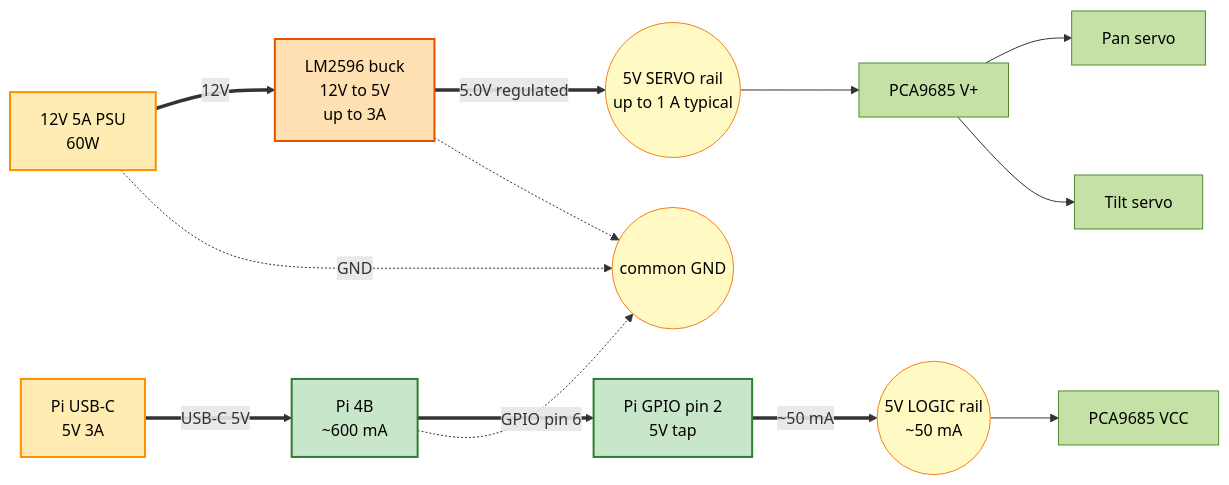
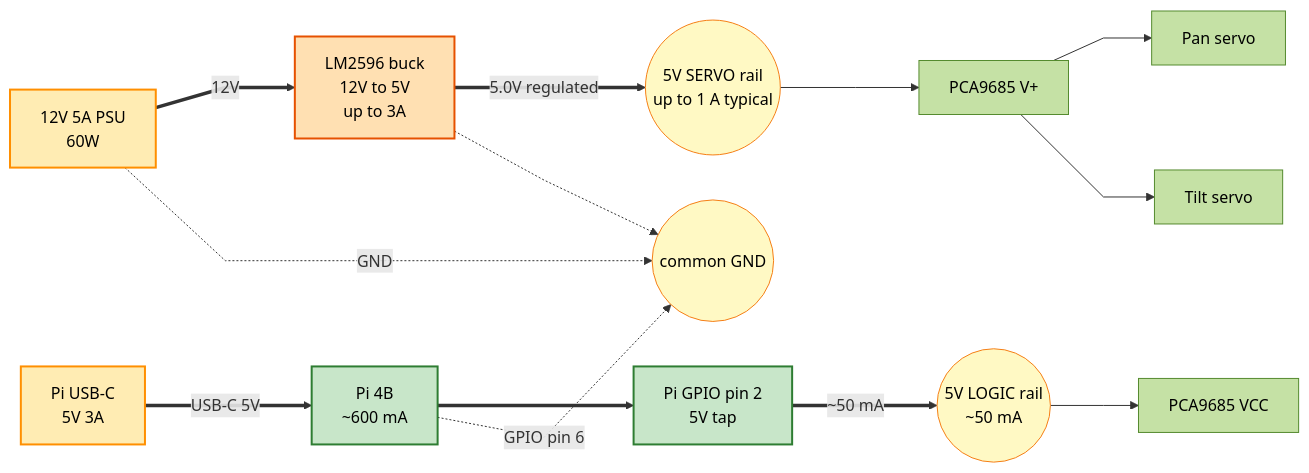
Before and after one commit to Adamzvulun/pi: the diagram in bookv3/diagrams/power-distribution.mmd, drawn with Mermaid. The commit also changed 11 other files, not shown here.

First line of the commit message:
docs(bookv3): straight-line edges + diagrams/README review

```diff
--- a/bookv3/diagrams/power-distribution.mmd
+++ b/bookv3/diagrams/power-distribution.mmd
@@ -1,32 +1,33 @@
+%%{init: {'flowchart': {'curve': 'linear', 'nodeSpacing': 45, 'rankSpacing': 70}}}%%
 flowchart LR
     classDef src fill:#ffecb3,stroke:#ff8f00,color:#000,stroke-width:2px
     classDef reg fill:#ffe0b2,stroke:#e65100,color:#000,stroke-width:2px
     classDef rail fill:#fff9c4,stroke:#f57f17,color:#000,stroke-width:1px
     classDef load fill:#c5e1a5,stroke:#558b2f,color:#000
     classDef pi fill:#c8e6c9,stroke:#2e7d32,color:#000,stroke-width:2px
 
     P12["12V 5A PSU<br/>60W"]:::src
     Pusb["Pi USB-C<br/>5V 3A"]:::src
     BK["LM2596 buck<br/>12V to 5V<br/>up to 3A"]:::reg
     PiB["Pi 4B<br/>~600 mA"]:::pi
     PiPin2["Pi GPIO pin 2<br/>5V tap"]:::pi
     LR(("5V LOGIC rail<br/>~50 mA")):::rail
     SR(("5V SERVO rail<br/>up to 1 A typical")):::rail
     GND(("common GND")):::rail
     Vcc["PCA9685 VCC"]:::load
     Vp["PCA9685 V+"]:::load
     PanS["Pan servo"]:::load
     TiltS["Tilt servo"]:::load
 
     P12 ==>|12V| BK
     P12 -.->|GND| GND
     Pusb ==>|USB-C 5V| PiB
     PiB ==> PiPin2
     PiPin2 ==>|~50 mA| LR
     BK ==>|5.0V regulated| SR
     BK -.-> GND
     PiB -.->|GPIO pin 6| GND
     LR --> Vcc
     SR --> Vp
     Vp --> PanS
     Vp --> TiltS
```
